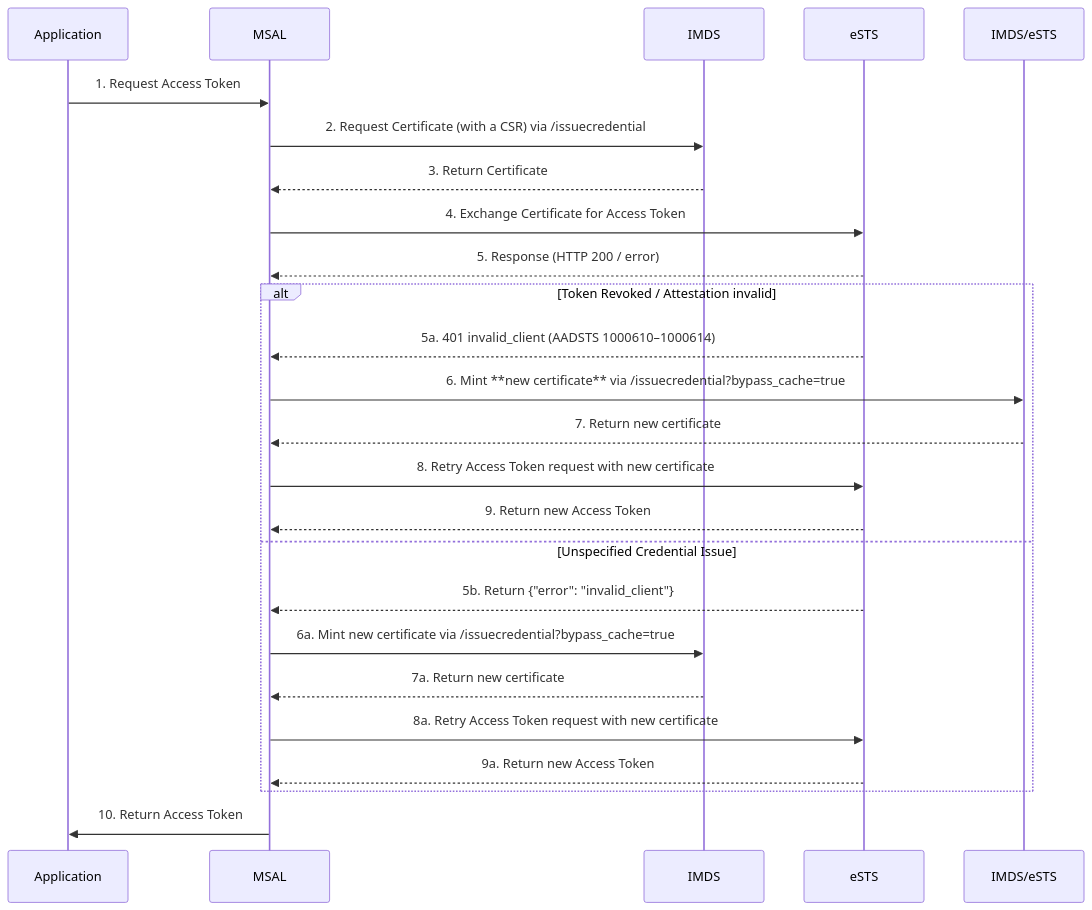
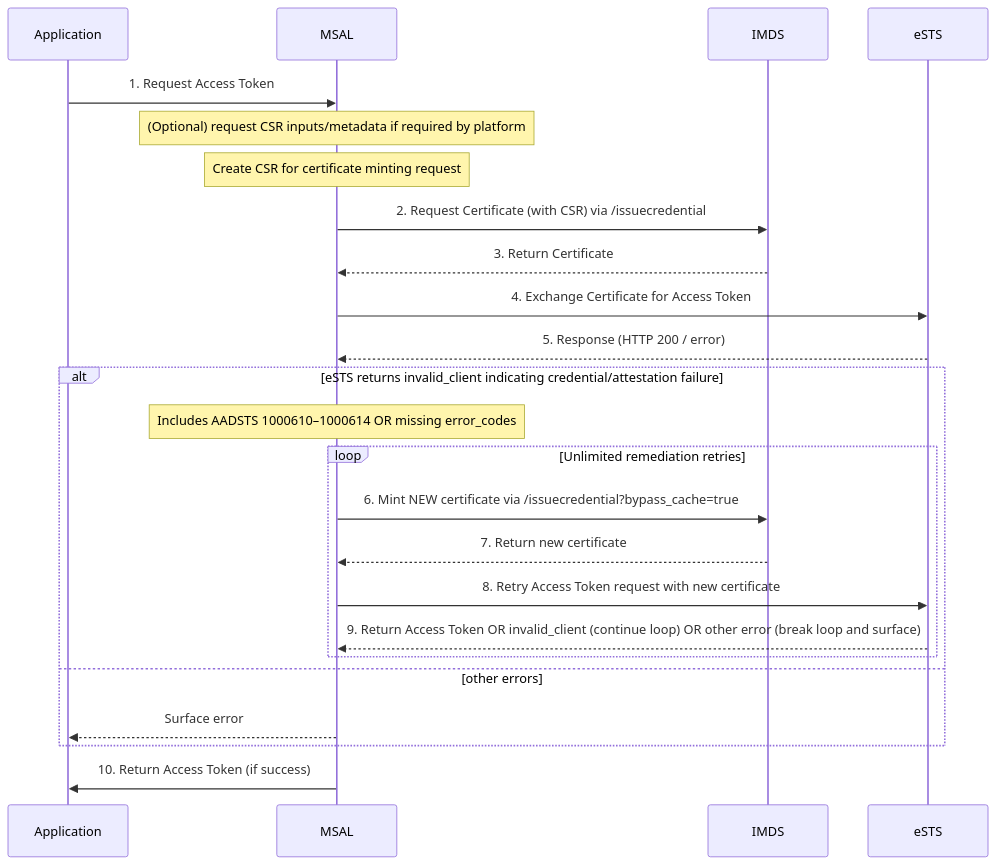
Before and after one commit to AzureAD/microsoft-authentication-library-for-dotnet: the first of 2 diagrams in docs/msi_v2/msiv2_revocation_spec.md, drawn with Mermaid. The commit also changed other lines of this file, not shown here.

```diff
--- a/docs/msi_v2/msiv2_revocation_spec.md
+++ b/docs/msi_v2/msiv2_revocation_spec.md
@@ -11,29 +35,32 @@
 ~~~mermaid
 sequenceDiagram
     participant Application
     participant MSAL
     participant IMDS
     participant eSTS
 
     Application ->> MSAL: 1. Request Access Token
-    MSAL ->> IMDS: 2. Request Certificate (with a CSR) via /issuecredential
+
+    Note over MSAL: (Optional) request CSR inputs/metadata if required by platform
+    Note over MSAL: Create CSR for certificate minting request
+
+    MSAL ->> IMDS: 2. Request Certificate (with CSR) via /issuecredential
     IMDS -->> MSAL: 3. Return Certificate
+
     MSAL ->> eSTS: 4. Exchange Certificate for Access Token
     eSTS -->> MSAL: 5. Response (HTTP 200 / error)
 
-    alt Token Revoked / Attestation invalid
-        eSTS -->> MSAL: 5a. 401 invalid_client (AADSTS 1000610–1000614)
-        MSAL ->> IMDS/eSTS: 6. Mint **new certificate** via /issuecredential?bypass_cache=true
-        IMDS/eSTS -->> MSAL: 7. Return new certificate
-        MSAL ->> eSTS: 8. Retry Access Token request with new certificate
-        eSTS -->> MSAL: 9. Return new Access Token
-    else Unspecified Credential Issue
-        eSTS -->> MSAL: 5b. Return {"error": "invalid_client"}
-        MSAL ->> IMDS: 6a. Mint new certificate via /issuecredential?bypass_cache=true
-        IMDS -->> MSAL: 7a. Return new certificate
-        MSAL ->> eSTS: 8a. Retry Access Token request with new certificate
-        eSTS -->> MSAL: 9a. Return new Access Token
+    alt eSTS returns invalid_client indicating credential/attestation failure
+        Note over MSAL: Includes AADSTS 1000610–1000614 OR missing error_codes
+        loop Unlimited remediation retries
+            MSAL ->> IMDS: 6. Mint NEW certificate via /issuecredential?bypass_cache=true
+            IMDS -->> MSAL: 7. Return new certificate
+            MSAL ->> eSTS: 8. Retry Access Token request with new certificate
+            eSTS -->> MSAL: 9. Return Access Token OR invalid_client (continue loop) OR other error (break loop and surface)
+        end
+    else other errors
+        MSAL -->> Application: Surface error
     end
 
-    MSAL ->> Application: 10. Return Access Token
+    MSAL ->> Application: 10. Return Access Token (if success)
 ~~~
```
